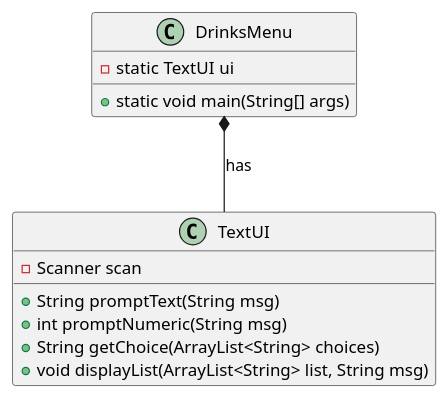
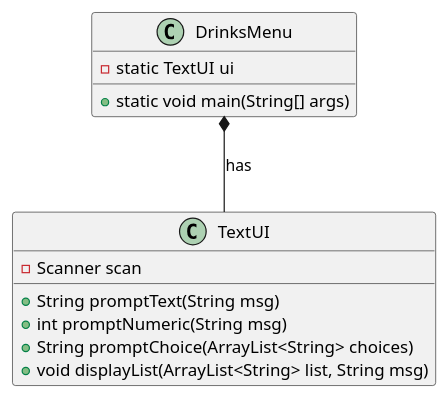
Before and after one commit to Eligoon/DrinksMenu: the diagram in doc/TextUIclassdiagram.puml, drawn with PlantUML. The commit also changed 2 other files, not shown here.

```diff
--- a/doc/TextUIclassdiagram.puml
+++ b/doc/TextUIclassdiagram.puml
@@ -1,20 +1,20 @@
 @startuml
 
 class TextUI {
 - Scanner scan
 ' shows a message and returns the user's input as a String
 + String promptText(String msg)
 ' shows a message and returns the user's input as an integer
 + int promptNumeric(String msg)
 ' shows a message, lists the content of a list and returns the user's choice
-+ String getChoice(ArrayList<String> choices)
++ String promptChoice(ArrayList<String> choices)
 ' shows a message and lists the content of a list
 + void displayList(ArrayList<String> list, String msg)
 }
 
 class DrinksMenu {
 - static TextUI ui
 + static void main(String[] args)
 }
 DrinksMenu *-- TextUI: has
 @enduml
```
